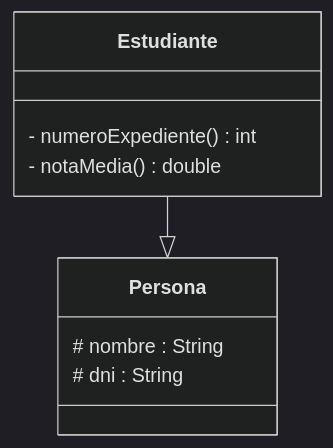
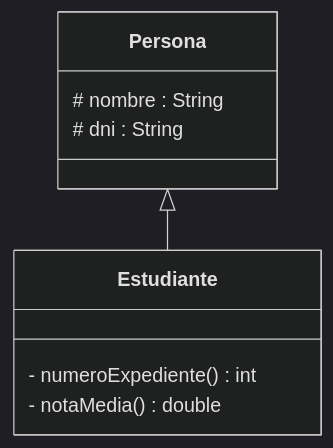
The second of 5 diagrams in README.md (LastraMigue/6.2.Bateria-de-ejercicios), drawn with Mermaid (dark theme) before and after one commit. The commit also changed other lines of this file, not shown here.

````diff
--- a/README.md
+++ b/README.md
@@ -19,16 +19,16 @@
 ```mermaid
 classDiagram
-direction TB
+direction BT
 
     class Persona {
         # nombre : String
         # dni : String
     }
 
     class Estudiante {
         - numeroExpediente() int
         - notaMedia() double
     }
 
 Estudiante --|> Persona
 ```
````
